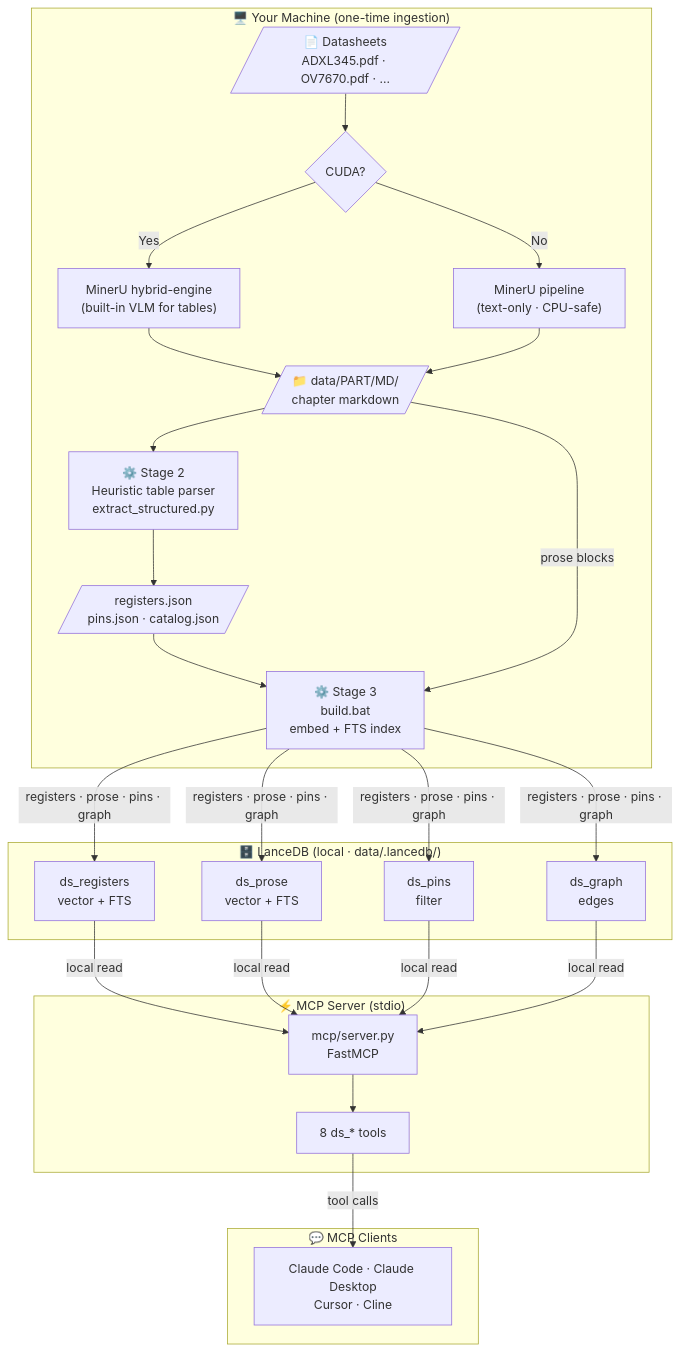
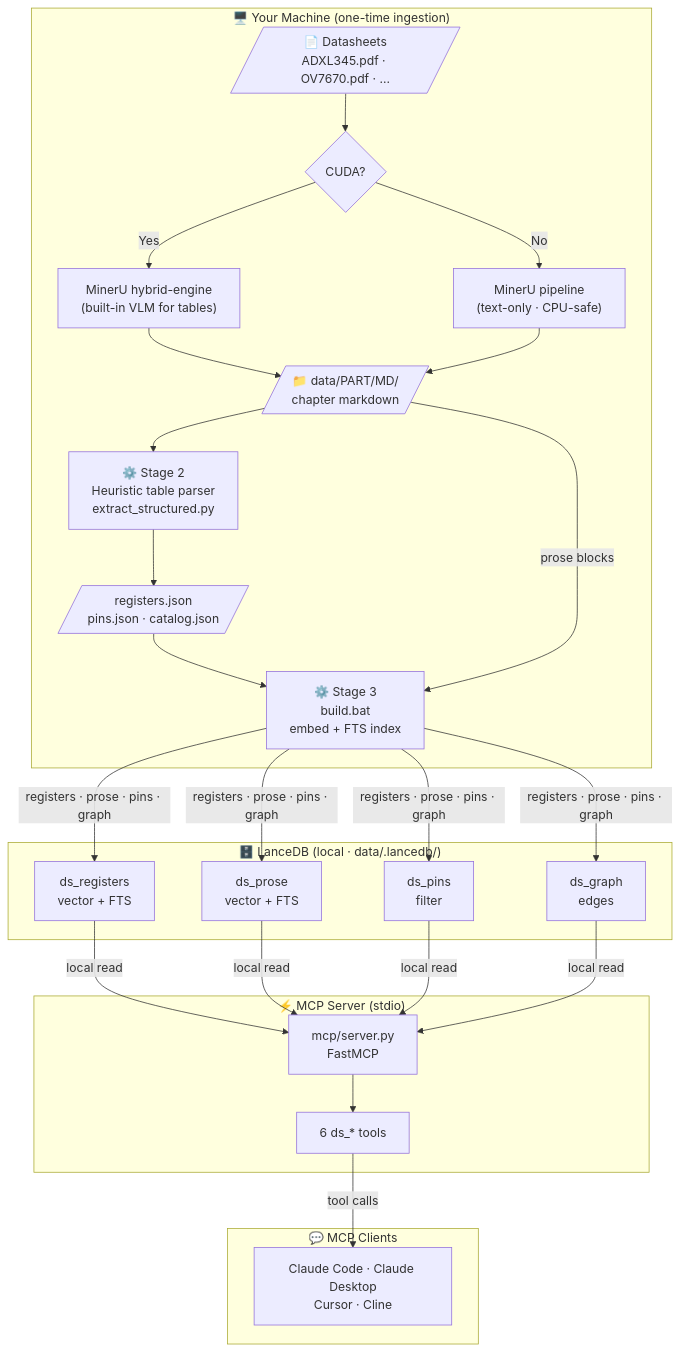
Before and after one commit to hungnguyen1503/datasheet-mcp: the first of 3 diagrams in README.md, drawn with Mermaid. The commit also changed other lines of this file and 1 other file, not shown here.

Commit message:
refactor: merge MCP tools 8 to 6 (zero quality loss)

````diff
--- a/README.md
+++ b/README.md
@@ -11,38 +11,38 @@
 ```mermaid
 graph TB
     subgraph Build["🖥️ Your Machine  (one-time ingestion)"]
         PDF[/"📄 Datasheets<br/>ADXL345.pdf · OV7670.pdf · …"/]
         GPU{"CUDA?"}
         S1H["MinerU hybrid-engine<br/>(built-in VLM for tables)"]
         S1P["MinerU pipeline<br/>(text-only · CPU-safe)"]
         MD[/"📁 data/PART/MD/<br/>chapter markdown"/]
         S2["⚙️ Stage 2<br/>Heuristic table parser<br/>extract_structured.py"]
         JSON[/"registers.json<br/>pins.json · catalog.json"/]
         S3["⚙️ Stage 3<br/>build.bat<br/>embed + FTS index"]
     end
 
     subgraph DB["🗄️ LanceDB  (local · data/.lancedb/)"]
         R["ds_registers<br/>vector + FTS"]
         P["ds_prose<br/>vector + FTS"]
         PI["ds_pins<br/>filter"]
         G["ds_graph<br/>edges"]
     end
 
     subgraph Server["⚡ MCP Server  (stdio)"]
         SRV["mcp/server.py<br/>FastMCP"]
-        TOOLS["8 ds_* tools"]
+        TOOLS["6 ds_* tools"]
     end
 
     subgraph Clients["💬 MCP Clients"]
         CLI["Claude Code · Claude Desktop<br/>Cursor · Cline"]
     end
 
     PDF --> GPU
     GPU -- "Yes" --> S1H --> MD
     GPU -- "No"  --> S1P --> MD
     MD --> S2 --> JSON --> S3
     MD -->|"prose blocks"| S3
     S3 -->|"registers · prose · pins · graph"| R & P & PI & G
     R & P & PI & G -->|"local read"| SRV
     SRV --> TOOLS -->|"tool calls"| CLI
 ```
````
